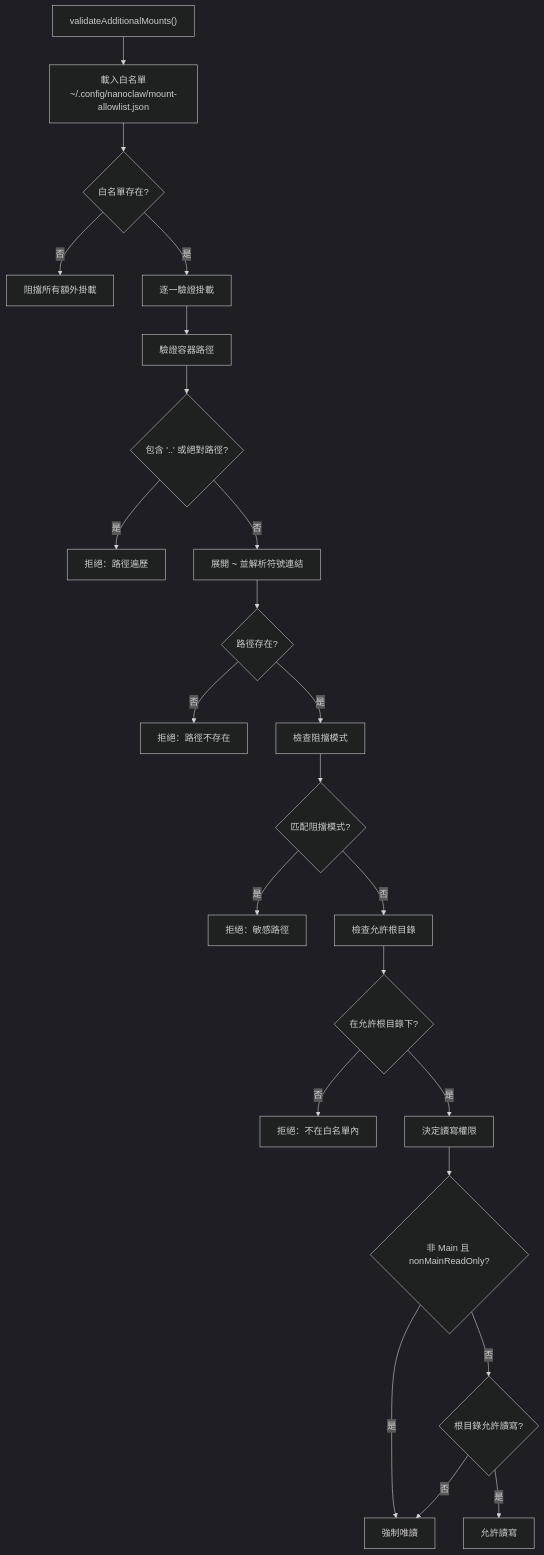
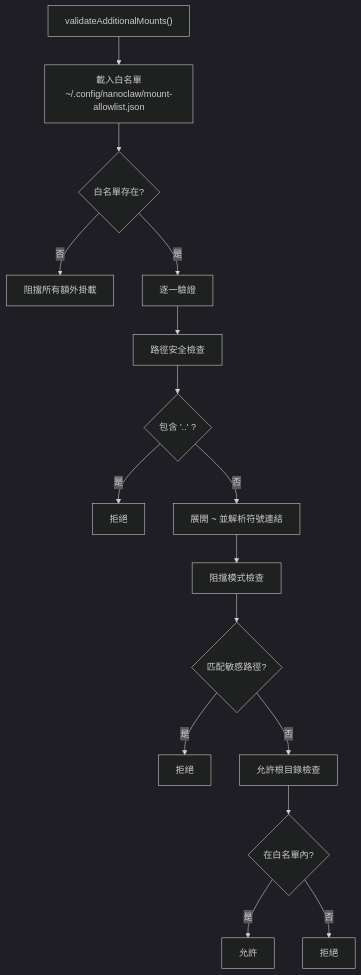
Before and after one commit to shunwork/nanoclaw: diagram 16 of 39 in tutorial/TUTORIAL.md, drawn with Mermaid (dark theme). The commit also changed other lines of this file and 18 other files, not shown here.

````diff
--- a/tutorial/TUTORIAL.md
+++ b/tutorial/TUTORIAL.md
@@ -782,30 +841,19 @@
 ```mermaid
 graph TB
     A["validateAdditionalMounts()"] --> B["載入白名單<br>~/.config/nanoclaw/mount-allowlist.json"]
     B --> C{白名單存在?}
     C -->|否| D["阻擋所有額外掛載"]
-    C -->|是| E["逐一驗證掛載"]
+    C -->|是| E["逐一驗證"]
 
-    E --> F["驗證容器路徑"]
-    F --> G{包含 '..' 或絕對路徑?}
-    G -->|是| H["拒絕：路徑遍歷"]
+    E --> F["路徑安全檢查"]
+    F --> G{包含 '..' ?}
+    G -->|是| H["拒絕"]
     G -->|否| I["展開 ~ 並解析符號連結"]
-
-    I --> J{路徑存在?}
-    J -->|否| K["拒絕：路徑不存在"]
-    J -->|是| L["檢查阻擋模式"]
-
-    L --> M{匹配阻擋模式?}
-    M -->|是| N["拒絕：敏感路徑"]
-    M -->|否| O["檢查允許根目錄"]
-
-    O --> P{在允許根目錄下?}
-    P -->|否| Q["拒絕：不在白名單內"]
-    P -->|是| R["決定讀寫權限"]
-
-    R --> S{非 Main 且 nonMainReadOnly?}
-    S -->|是| T["強制唯讀"]
-    S -->|否| U{根目錄允許讀寫?}
-    U -->|是| V["允許讀寫"]
-    U -->|否| T
+    I --> J["阻擋模式檢查"]
+    J --> K{匹配敏感路徑?}
+    K -->|是| L["拒絕"]
+    K -->|否| M["允許根目錄檢查"]
+    M --> N{在白名單內?}
+    N -->|是| O["允許"]
+    N -->|否| P["拒絕"]
 ```
````
